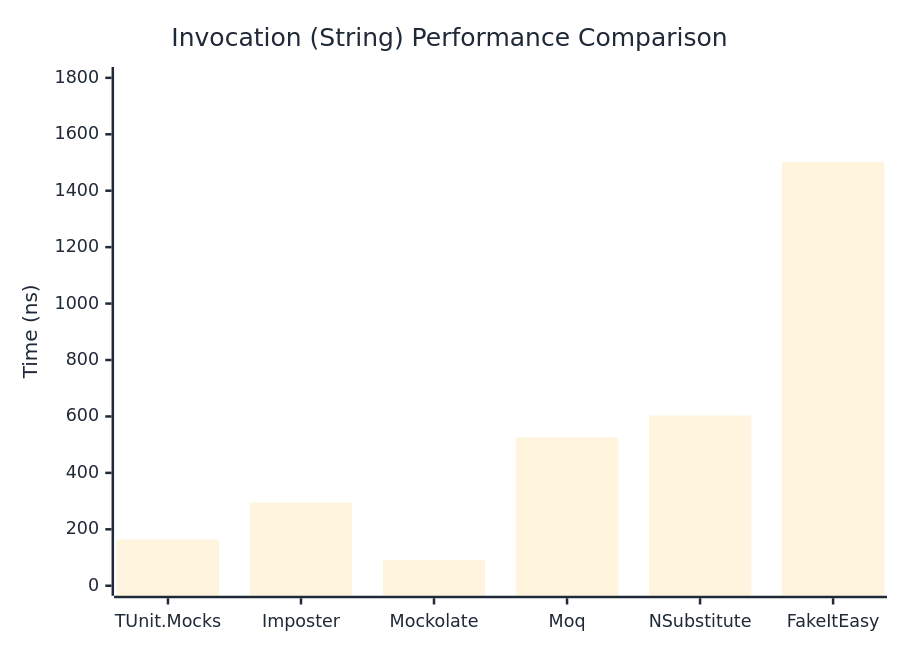
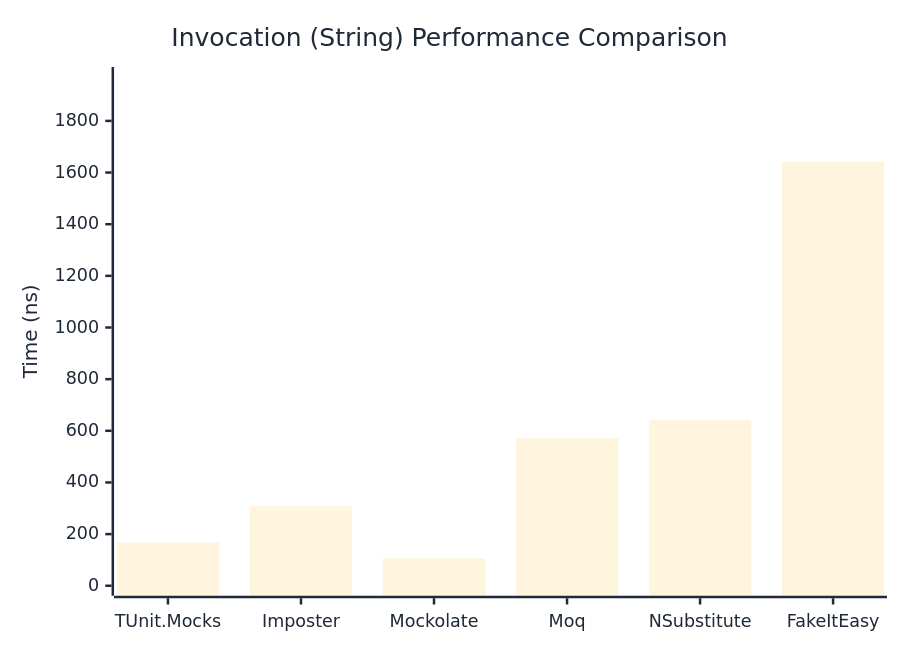
The second of 3 diagrams in docs/docs/benchmarks/mocks/Invocation.md (zion-sati/TUnit-NetWasm), drawn with Mermaid before and after one commit. The commit also changed other lines of this file and 294 other files, not shown here.

````diff
--- a/docs/docs/benchmarks/mocks/Invocation.md
+++ b/docs/docs/benchmarks/mocks/Invocation.md
@@ -71,27 +71,27 @@
 ```mermaid
 %%{init: {
   'theme':'base',
   'themeVariables': {
     'primaryColor': '#2563eb',
     'primaryTextColor': '#1f2937',
     'primaryBorderColor': '#1e40af',
     'lineColor': '#6b7280',
     'secondaryColor': '#7c3aed',
     'tertiaryColor': '#dc2626',
     'background': '#ffffff',
     'pie1': '#2563eb',
     'pie2': '#7c3aed',
     'pie3': '#dc2626',
     'pie4': '#f59e0b',
     'pie5': '#10b981',
     'pie6': '#06b6d4',
     'pie7': '#ec4899',
     'pie8': '#6366f1'
   }
 }}%%
 xychart-beta
   title "Invocation (String) Performance Comparison"
   x-axis ["TUnit.Mocks", "Imposter", "Mockolate", "Moq", "NSubstitute", "FakeItEasy"]
-  y-axis "Time (ns)" 0 --> 1803
-  bar [163.54, 294.6, 91.78, 525.73, 603.15, 1501.74]
+  y-axis "Time (ns)" 0 --> 1970
+  bar [167.4, 307.7, 106.2, 571.2, 642.2, 1641.4]
 ```
````
